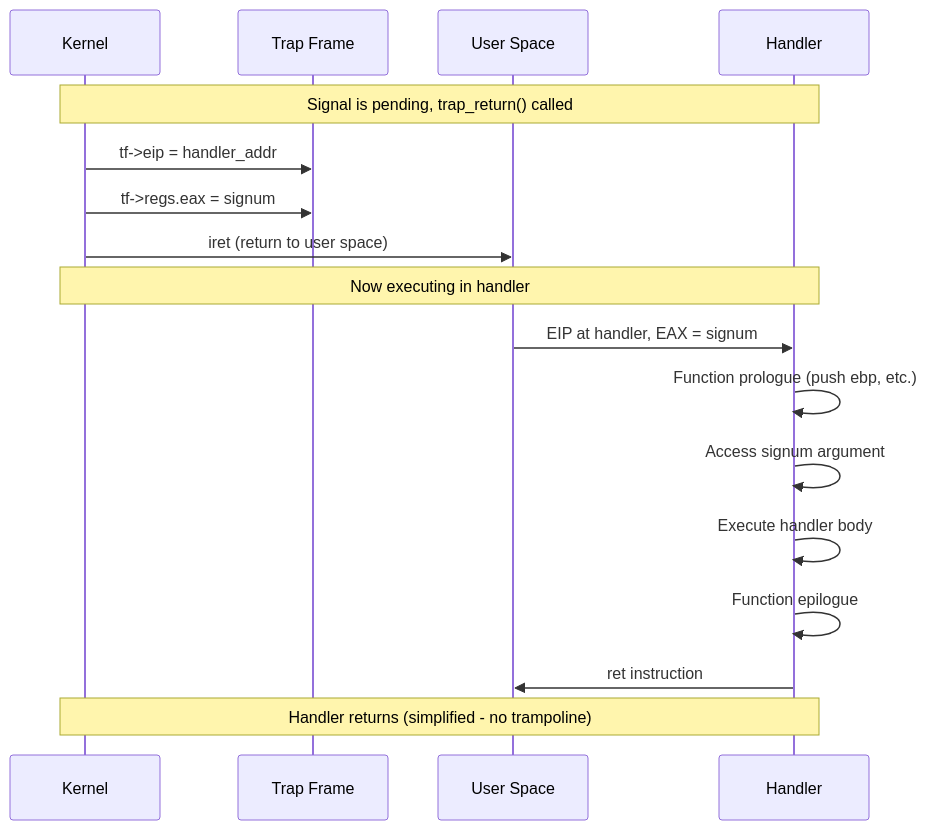
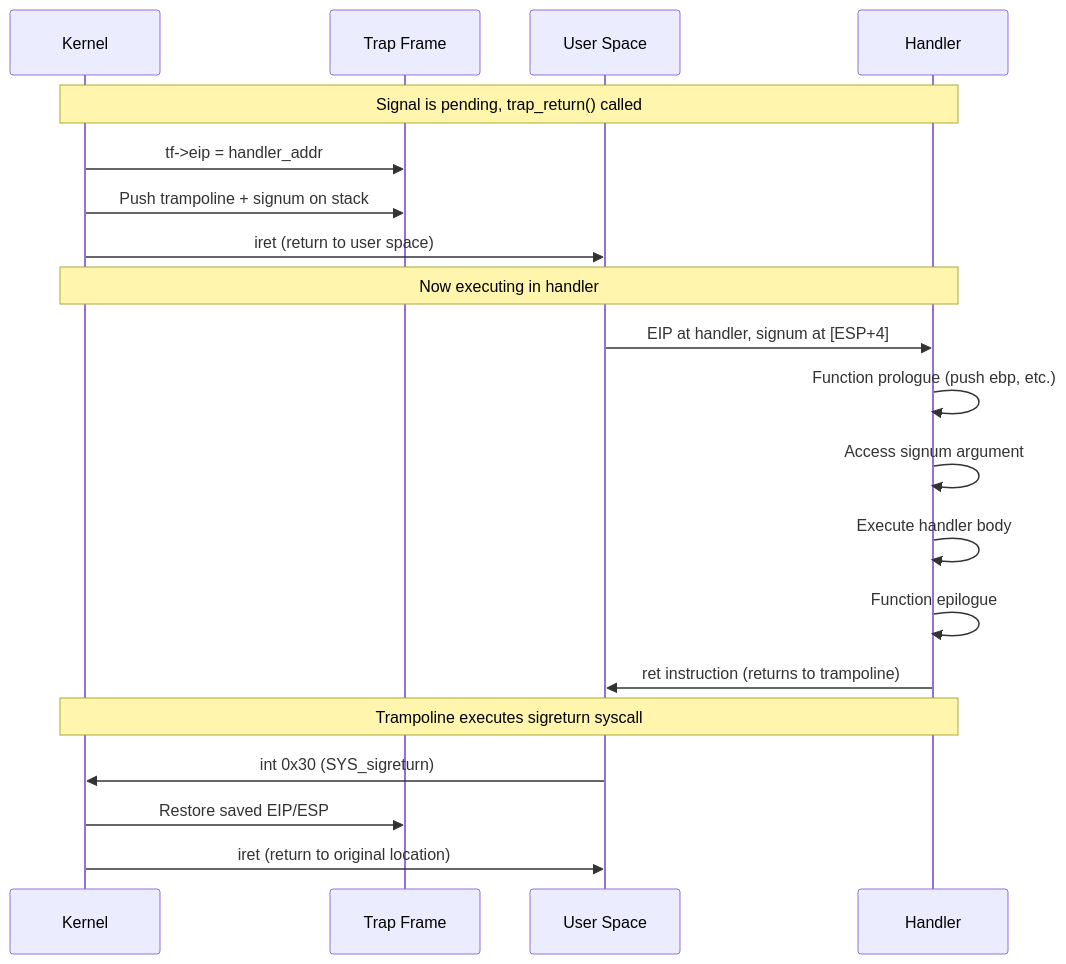
Before and after one commit to SillyCatto/OS_Project-Signal: the third of 5 diagrams in docs/04_signal_handlers.md, drawn with Mermaid. The commit also changed other lines of this file and 9 other files, not shown here.

````diff
--- a/docs/04_signal_handlers.md
+++ b/docs/04_signal_handlers.md
@@ -276,22 +276,25 @@
 ```mermaid
 sequenceDiagram
     participant K as Kernel
     participant TF as Trap Frame
     participant U as User Space
     participant H as Handler
 
     Note over K,H: Signal is pending, trap_return() called
     K->>TF: tf->eip = handler_addr
-    K->>TF: tf->regs.eax = signum
+    K->>TF: Push trampoline + signum on stack
     K->>U: iret (return to user space)
 
     Note over K,H: Now executing in handler
-    U->>H: EIP at handler, EAX = signum
+    U->>H: EIP at handler, signum at [ESP+4]
     H->>H: Function prologue (push ebp, etc.)
     H->>H: Access signum argument
     H->>H: Execute handler body
     H->>H: Function epilogue
-    H->>U: ret instruction
+    H->>U: ret instruction (returns to trampoline)
 
-    Note over K,H: Handler returns (simplified - no trampoline)
+    Note over K,H: Trampoline executes sigreturn syscall
+    U->>K: int 0x30 (SYS_sigreturn)
+    K->>TF: Restore saved EIP/ESP
+    K->>U: iret (return to original location)
 ```
````
